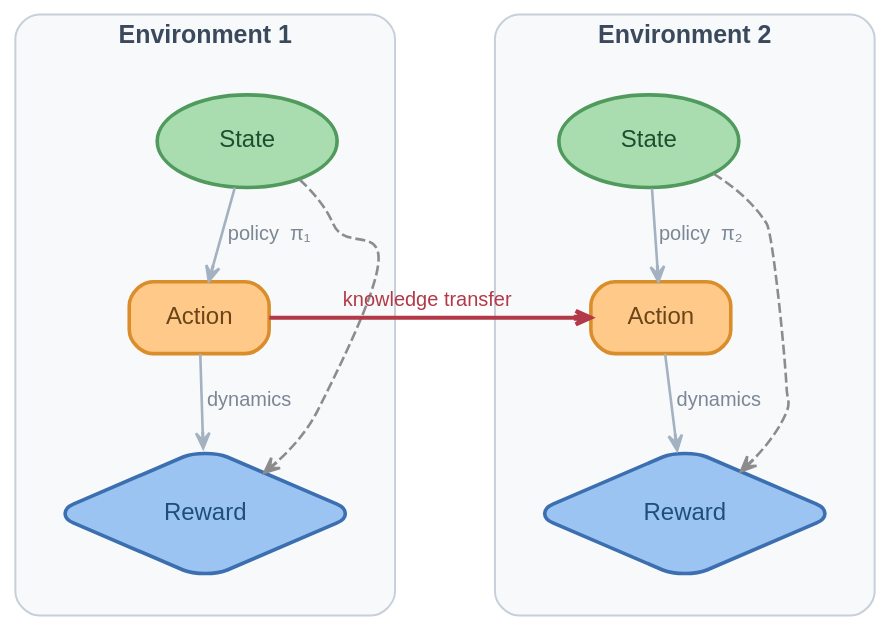
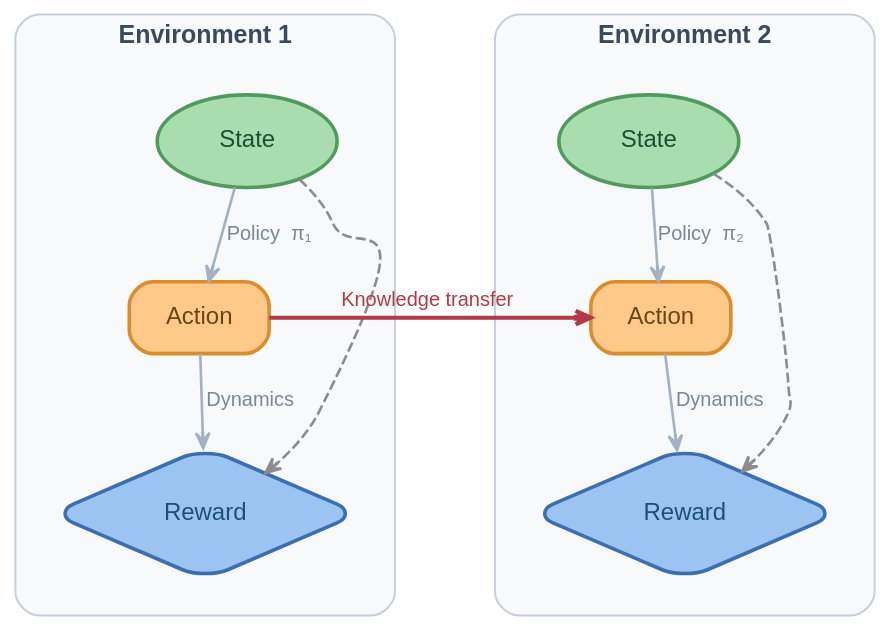
One commit to causify-ai/helpers changed the third of 6 diagrams in .claude/templates/graphviz.template.md. Above: the diagram before and after it, drawn with Graphviz. The commit also changed other lines of this file and 65 other files, not shown here.

```diff
--- a/.claude/templates/graphviz.template.md
+++ b/.claude/templates/graphviz.template.md
@@ -207,8 +207,8 @@
         A1 [label="Action", fillcolor="#FFC98A", color="#D98E2B", fontcolor="#6B4517"];
         R1 [label="Reward", shape="diamond", fillcolor="#9CC4F2", color="#3C6FB0", fontcolor="#1F4E79"];
 
-        S1 -> A1 [label="policy  π₁"];
-        A1 -> R1 [label="dynamics"];
+        S1 -> A1 [label="Policy  π₁"];
+        A1 -> R1 [label="Dynamics"];
         S1 -> R1 [style="dashed", color="#8C8C8C", constraint="false"];
     }
 
@@ -228,8 +228,8 @@
         A2 [label="Action", fillcolor="#FFC98A", color="#D98E2B", fontcolor="#6B4517"];
         R2 [label="Reward", shape="diamond", fillcolor="#9CC4F2", color="#3C6FB0", fontcolor="#1F4E79"];
 
-        S2 -> A2 [label="policy  π₂"];
-        A2 -> R2 [label="dynamics"];
+        S2 -> A2 [label="Policy  π₂"];
+        A2 -> R2 [label="Dynamics"];
         S2 -> R2 [style="dashed", color="#8C8C8C", constraint="false"];
     }
 
@@ -241,7 +241,7 @@
     R1 -> R2 [style=invis];
 
     A1 -> A2 [
-        label="  knowledge transfer  ",
+        label="  Knowledge transfer  ",
         style="bold",
         color="#B23A48",
         fontcolor="#B23A48",
```
